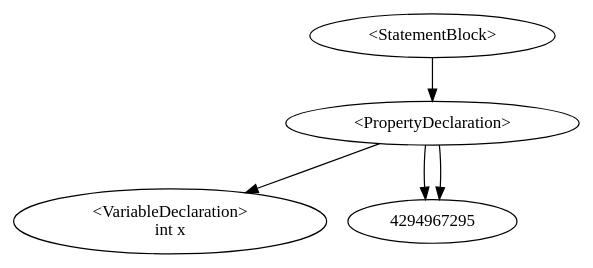
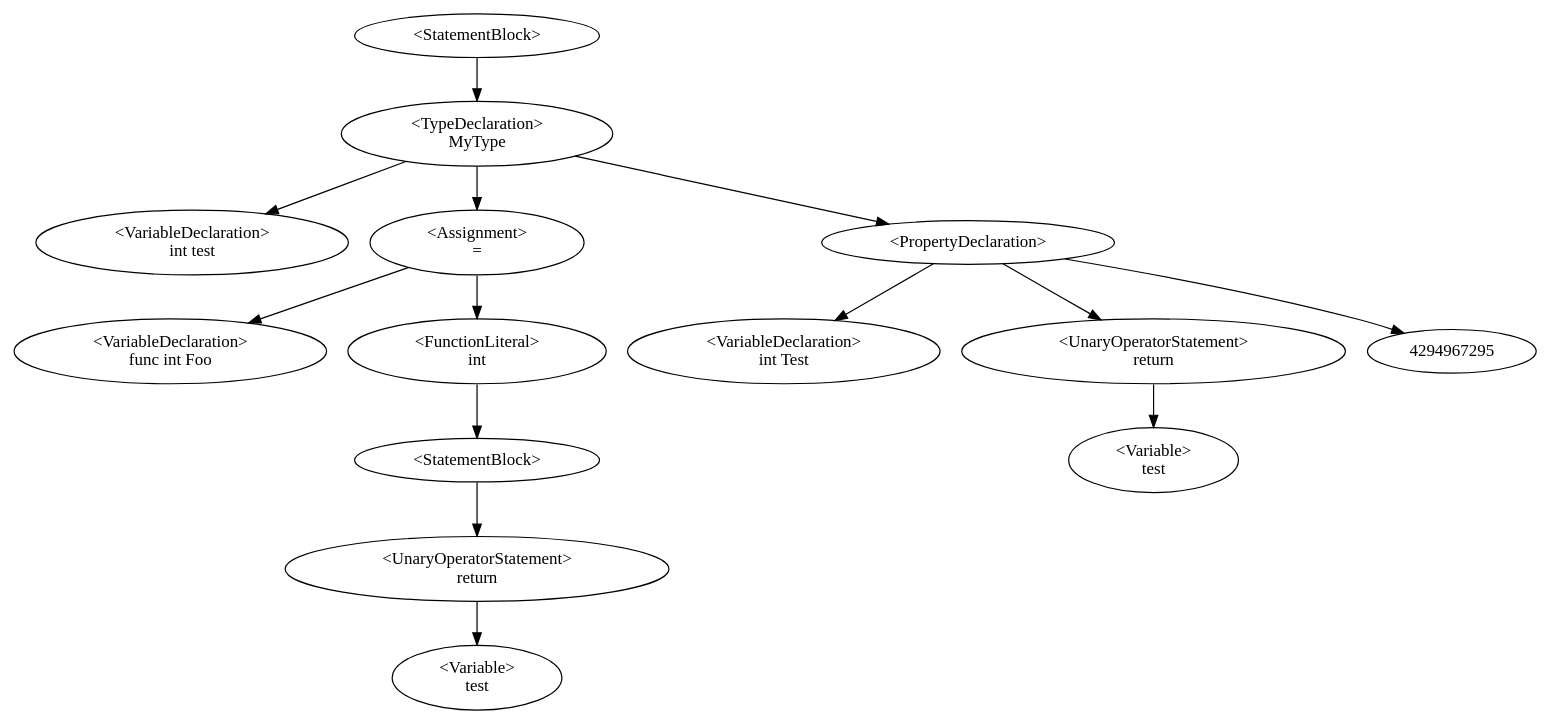
One commit to QazmoQwerty/dino changed the diagram in Dino/Dino/AstDisplay.gv. Above: the diagram before and after it, drawn with Graphviz. The commit also changed 4 other files, not shown here.

```diff
--- a/Dino/Dino/AstDisplay.gv
+++ b/Dino/Dino/AstDisplay.gv
@@ -1,5 +1,16 @@
 digraph G {
-0 [label="<StatementBlock>"];0->2;
-2 [label="<PropertyDeclaration>"];2->1;2->4294967295;2->4294967295;
-1 [label="<VariableDeclaration>\nint x"];
+0 [label="<StatementBlock>"];0->1;
+1 [label="<TypeDeclaration>\nMyType"];1->2;1->4;1->10;
+2 [label="<VariableDeclaration>\nint test"];
+4 [label="<Assignment>\n="];4->3;4->5;
+3 [label="<VariableDeclaration>\nfunc int Foo"];
+5 [label="<FunctionLiteral>
+int"];5->8;
+8 [label="<StatementBlock>"];8->6;
+6 [label="<UnaryOperatorStatement>\nreturn"];6->7;
+7 [label="<Variable>\ntest"];
+10 [label="<PropertyDeclaration>"];10->9;10->11;10->4294967295;
+9 [label="<VariableDeclaration>\nint Test"];
+11 [label="<UnaryOperatorStatement>\nreturn"];11->12;
+12 [label="<Variable>\ntest"];
 }
```
